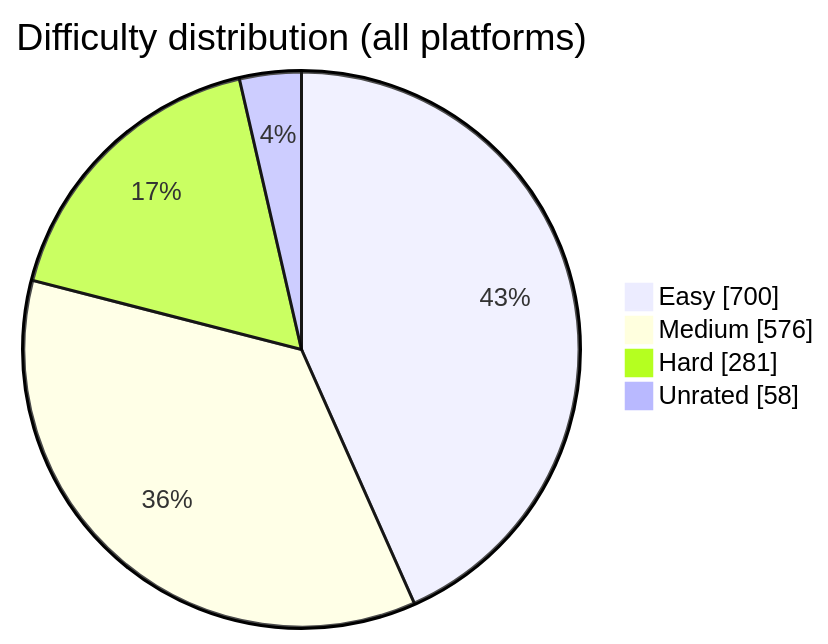
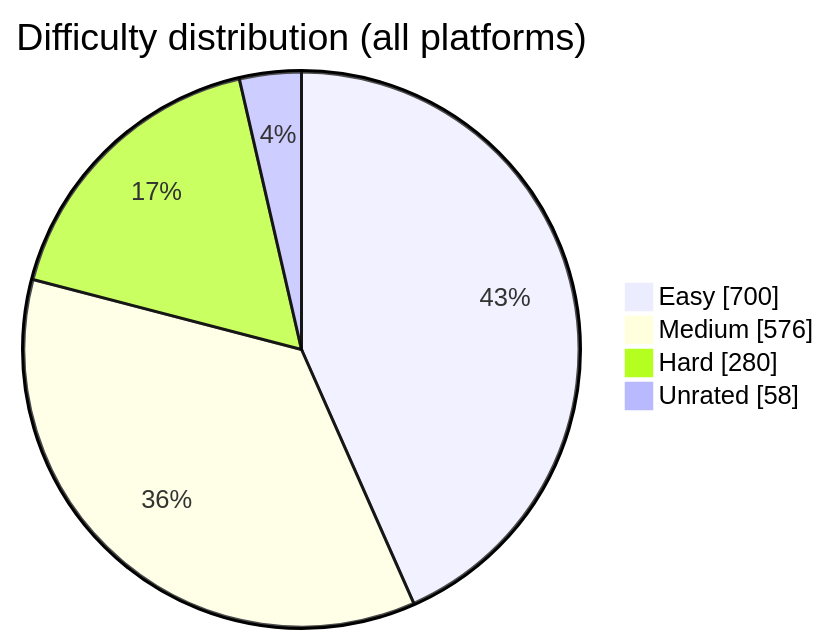
One commit to BuildbyArindam/Daily-Coding-Log changed the diagram in README.md. Above: the diagram before and after it, drawn with Mermaid. The commit also changed other lines of this file, not shown here.

````diff
--- a/README.md
+++ b/README.md
@@ -93,7 +93,7 @@
 ```mermaid
 pie showData title Difficulty distribution (all platforms)
     "Easy" : 700
     "Medium" : 576
-    "Hard" : 281
+    "Hard" : 280
     "Unrated" : 58
 ```
````
